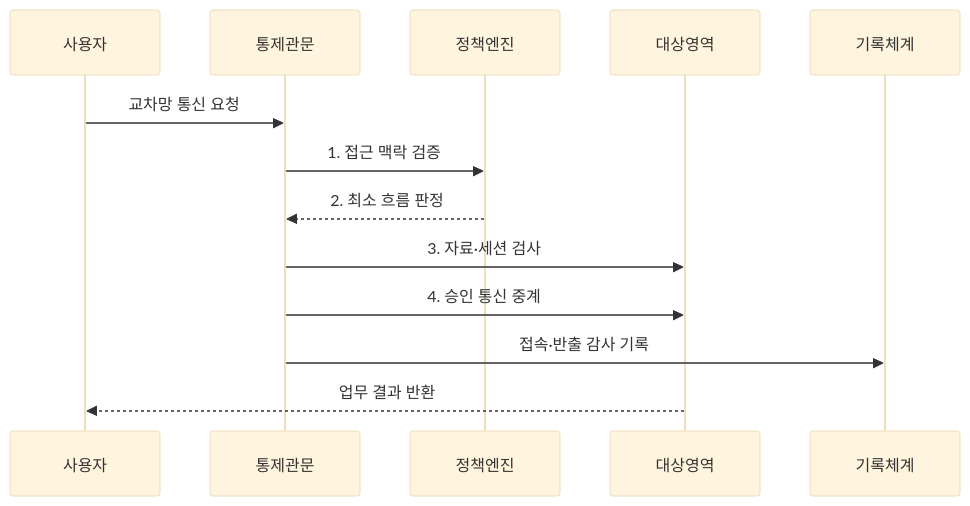
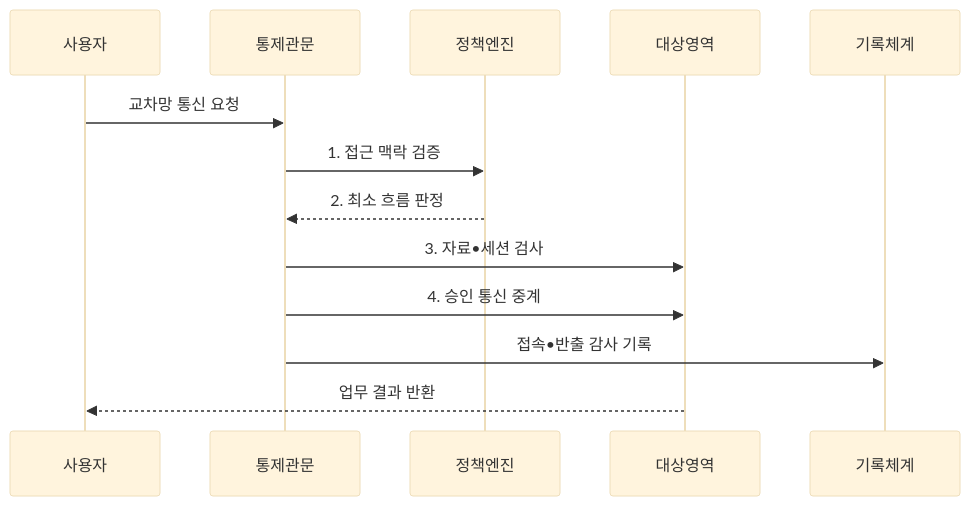
Before and after one commit to agnusdei1207/knowledge-base: the second of 2 diagrams in src/content/docs/notes/04-network/088_network_separation.md, drawn with Mermaid (base theme). The commit also changed other lines of this file and 953 other files, not shown here.

````diff
--- a/src/content/docs/notes/04-network/088_network_separation.md
+++ b/src/content/docs/notes/04-network/088_network_separation.md
@@ -102,15 +102,15 @@
 ```mermaid
 sequenceDiagram
     participant 사용자
     participant 통제관문
     participant 정책엔진
     participant 대상영역
     participant 기록체계
     사용자->>통제관문: 교차망 통신 요청
     통제관문->>정책엔진: 1. 접근 맥락 검증
     정책엔진-->>통제관문: 2. 최소 흐름 판정
-    통제관문->>대상영역: 3. 자료·세션 검사
+    통제관문->>대상영역: 3. 자료•세션 검사
     통제관문->>대상영역: 4. 승인 통신 중계
-    통제관문->>기록체계: 접속·반출 감사 기록
+    통제관문->>기록체계: 접속•반출 감사 기록
     대상영역-->>사용자: 업무 결과 반환
 ```
````
